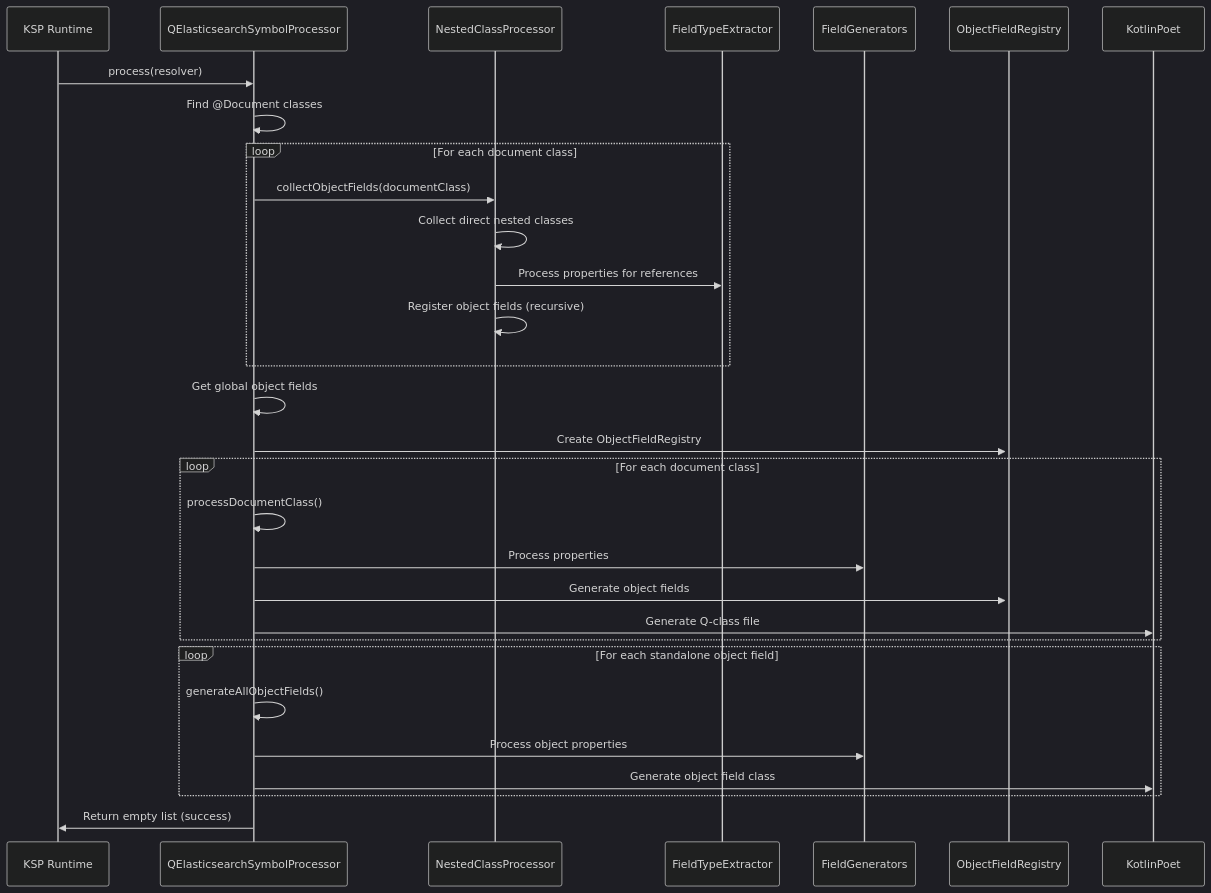
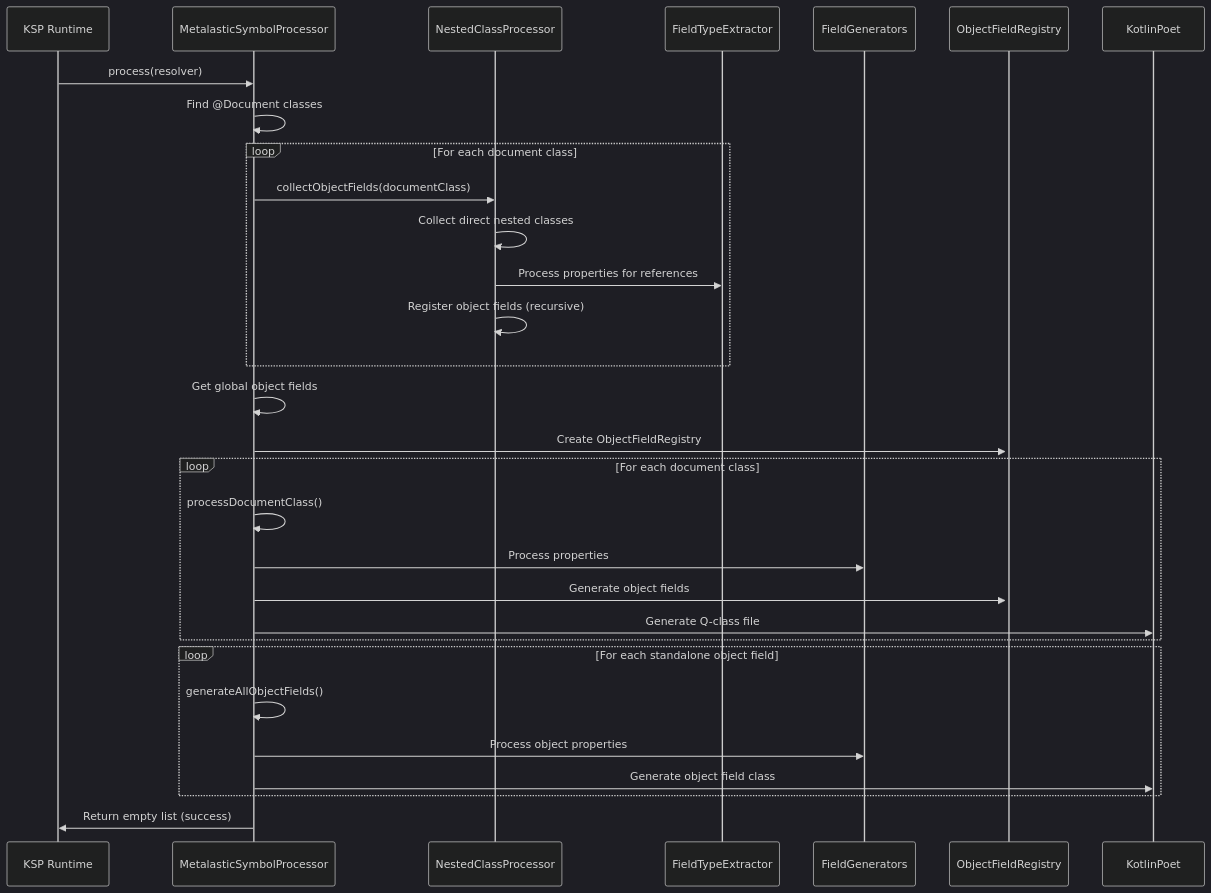
Before and after one commit to ekino/Metalastic: the second of 14 diagrams in processor.md, drawn with Mermaid (dark theme). The commit also changed other lines of this file and 7 other files, not shown here.

First line of the commit message:
fix: complete remaining QElasticsearch references to Metalastic

````diff
--- a/processor.md
+++ b/processor.md
@@ -88,38 +88,38 @@
 ```mermaid
 sequenceDiagram
     participant KSP as KSP Runtime
-    participant Main as QElasticsearchSymbolProcessor
+    participant Main as MetalasticSymbolProcessor
     participant Nested as NestedClassProcessor
     participant FieldExt as FieldTypeExtractor
     participant FieldGen as FieldGenerators
     participant ObjReg as ObjectFieldRegistry
     participant Poet as KotlinPoet
 
     KSP->>Main: process(resolver)
     Main->>Main: Find @Document classes
     
     loop For each document class
         Main->>Nested: collectObjectFields(documentClass)
         Nested->>Nested: Collect direct nested classes
         Nested->>FieldExt: Process properties for references
         Nested->>Nested: Register object fields (recursive)
     end
     
     Main->>Main: Get global object fields
     Main->>+ObjReg: Create ObjectFieldRegistry
     
     loop For each document class
         Main->>Main: processDocumentClass()
         Main->>FieldGen: Process properties
         Main->>ObjReg: Generate object fields
         Main->>Poet: Generate Q-class file
     end
     
     loop For each standalone object field
         Main->>Main: generateAllObjectFields()
         Main->>FieldGen: Process object properties
         Main->>Poet: Generate object field class
     end
     
     Main->>KSP: Return empty list (success)
 ```
````
